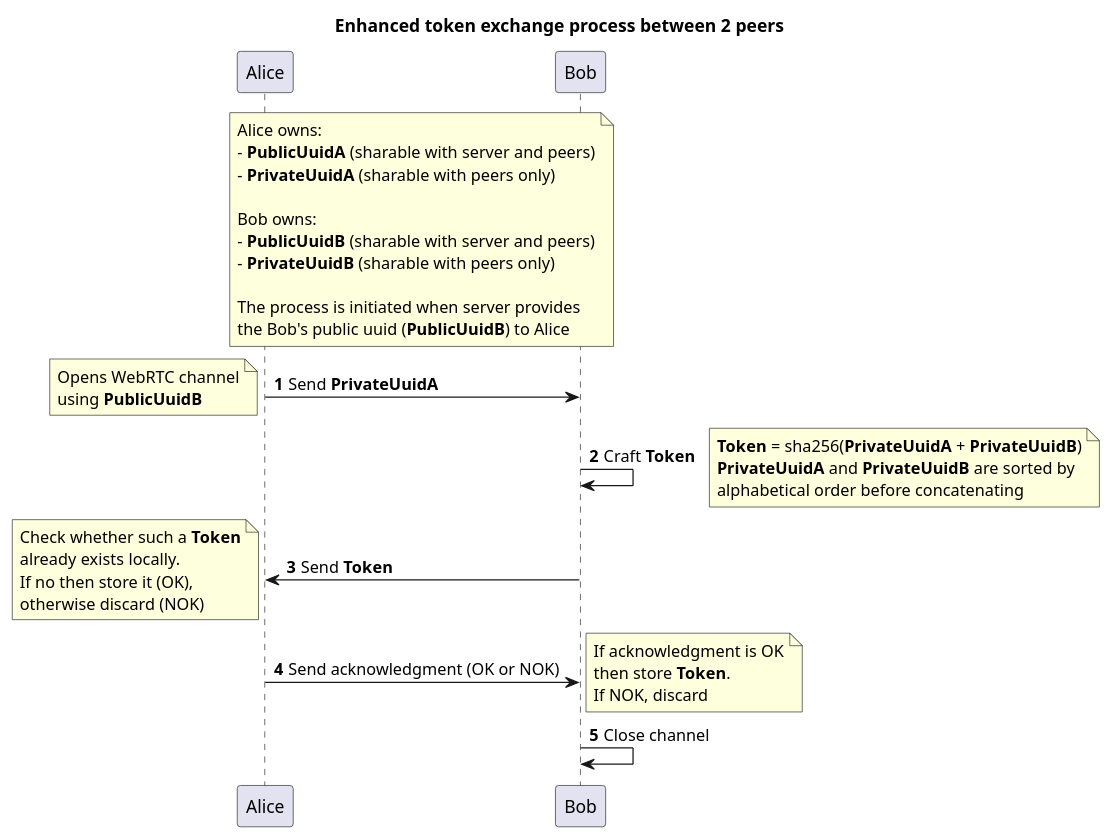
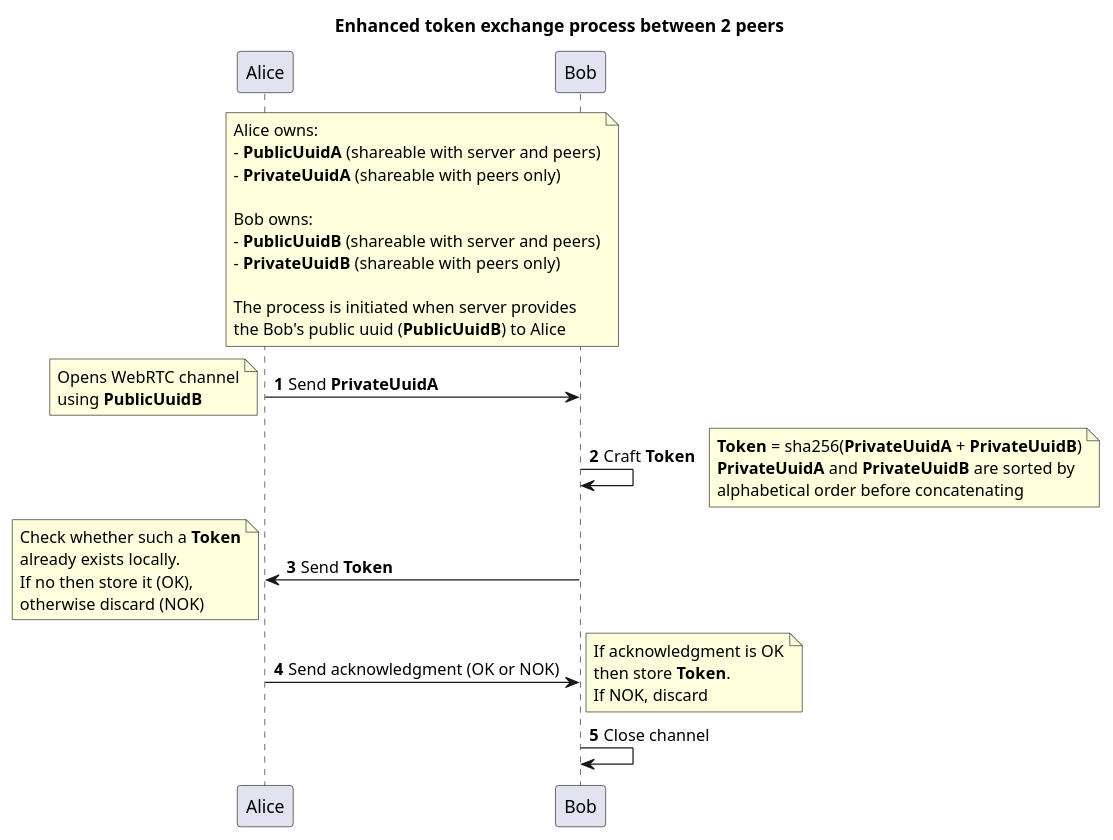
The diagram in docs/enhanced-token-exchange.puml (FANNY-20/FANNY-hybrid-app), drawn with PlantUML before and after one commit. The commit also changed 1 other file, not shown here.

Commit message:
docs: fix typo ("shareable" instead of "sharable")

```diff
--- a/docs/enhanced-token-exchange.puml
+++ b/docs/enhanced-token-exchange.puml
@@ -1,54 +1,54 @@
 @startuml
 
 title
 Enhanced token exchange process between 2 peers
 end title
 
 autonumber
 participant Alice as a
 participant Bob as b
 
 note over a,b
 Alice owns:
-- **PublicUuidA** (sharable with server and peers)
-- **PrivateUuidA** (sharable with peers only)
+- **PublicUuidA** (shareable with server and peers)
+- **PrivateUuidA** (shareable with peers only)
 
 Bob owns:
-- **PublicUuidB** (sharable with server and peers)
-- **PrivateUuidB** (sharable with peers only)
+- **PublicUuidB** (shareable with server and peers)
+- **PrivateUuidB** (shareable with peers only)
 
 The process is initiated when server provides
 the Bob's public uuid (**PublicUuidB**) to Alice
 end note
 
 a -> b: Send **PrivateUuidA**
 note left
 Opens WebRTC channel
 using **PublicUuidB**
 end note
 
 b -> b: Craft **Token**
 note right
 **Token** = sha256(**PrivateUuidA** + **PrivateUuidB**)
 **PrivateUuidA** and **PrivateUuidB** are sorted by
 alphabetical order before concatenating
 end note
 
 b -> a: Send **Token**
 note left
 Check whether such a **Token**
 already exists locally.
 If no then store it (OK),
 otherwise discard (NOK)
 end note
 
 a -> b: Send acknowledgment (OK or NOK)
 note right
 If acknowledgment is OK
 then store **Token**.
 If NOK, discard
 end note
 
 b -> b: Close channel
 
 @enduml
```
